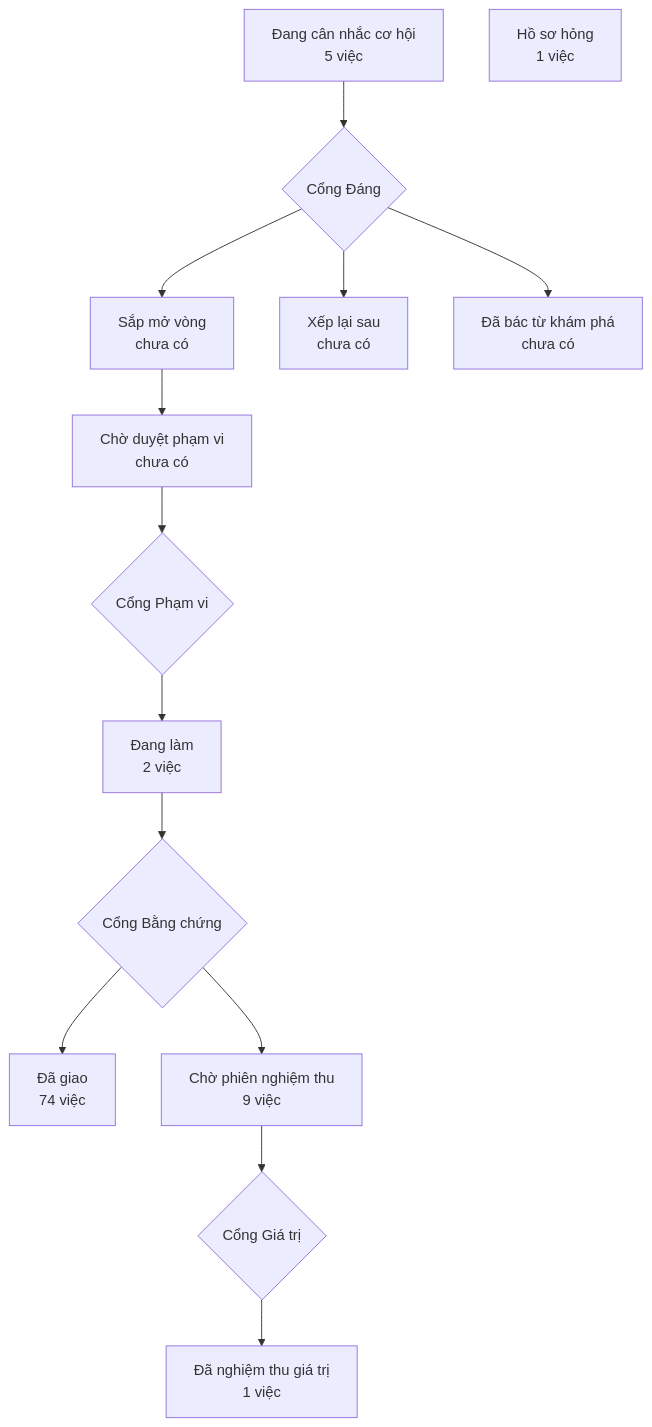
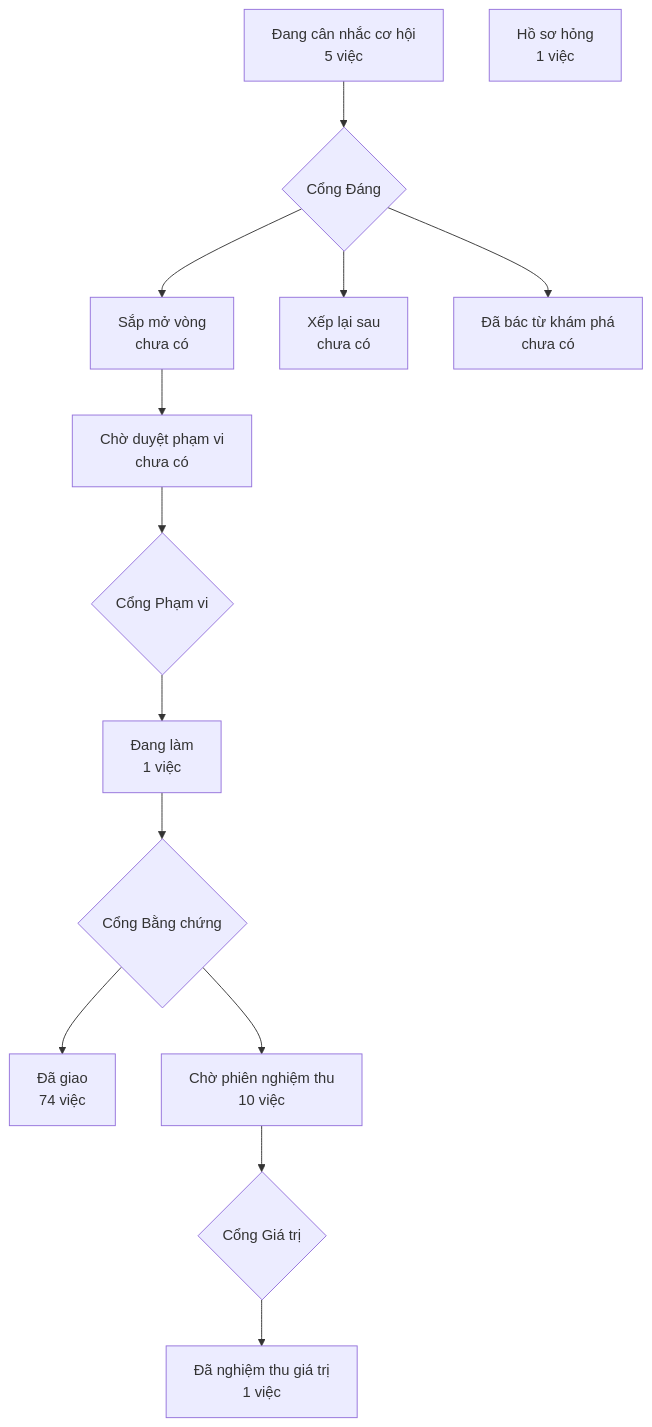
The diagram in PRODUCT-MAP.md (phanlemanh/crm-onehub), drawn with Mermaid before and after one commit. The commit also changed 2 other files, not shown here.

Commit message:
Gate 2 signoff: dat-okr-trong-crm — Manh Phan

````diff
--- a/PRODUCT-MAP.md
+++ b/PRODUCT-MAP.md
@@ -6,13 +6,13 @@
 ```mermaid
 flowchart TD
   A["Đang cân nhắc cơ hội<br/>5 việc"] --> GD{"Cổng Đáng"}
   GD --> B["Sắp mở vòng<br/>chưa có"]
   GD --> XL["Xếp lại sau<br/>chưa có"]
   GD --> DB["Đã bác từ khám phá<br/>chưa có"]
   B --> CD["Chờ duyệt phạm vi<br/>chưa có"] --> GP{"Cổng Phạm vi"}
-  GP --> DL["Đang làm<br/>2 việc"] --> GB{"Cổng Bằng chứng"}
+  GP --> DL["Đang làm<br/>1 việc"] --> GB{"Cổng Bằng chứng"}
   GB --> DG["Đã giao<br/>74 việc"]
-  GB --> CN["Chờ phiên nghiệm thu<br/>9 việc"] --> GG{"Cổng Giá trị"}
+  GB --> CN["Chờ phiên nghiệm thu<br/>10 việc"] --> GG{"Cổng Giá trị"}
   GG --> NT["Đã nghiệm thu giá trị<br/>1 việc"]
   HS["Hồ sơ hỏng<br/>1 việc"]
 ```
````
